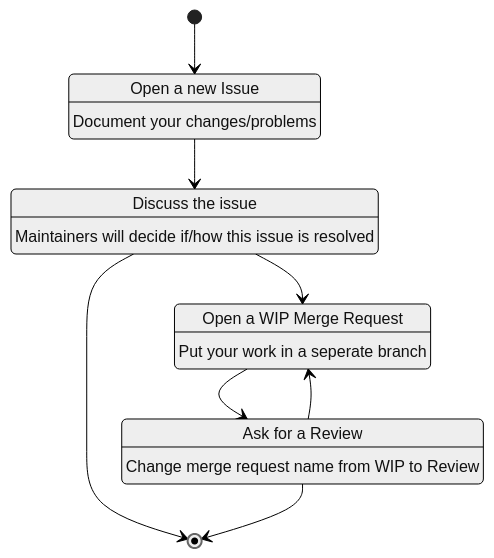
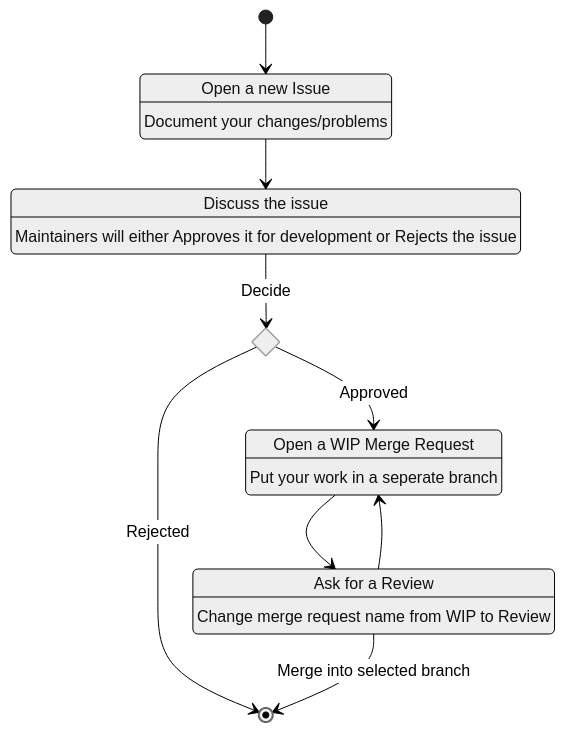
One commit to Hahn-Schickard/STAG-Modbus-Technology-Adapter changed the diagram in CONTRIBUTING.md. Above: the diagram before and after it, drawn with Mermaid (neutral theme). The commit also changed other lines of this file, not shown here.

````diff
--- a/CONTRIBUTING.md
+++ b/CONTRIBUTING.md
@@ -16,21 +22,25 @@
 ```mermaid
 stateDiagram
 state "Open a new Issue" as OpenIssue
 OpenIssue: Document your changes/problems
+
 state "Discuss the issue" as DiscussIssue
-DiscussIssue: Maintainers will decide if/how this issue is resolved
+DiscussIssue: Maintainers will either Approves it for development or Rejects the issue
+
+state Approve <<choice>>
+
 state "Open a WIP Merge Request" as CreateMergeRequest
 CreateMergeRequest: Put your work in a seperate branch
+
 state "Ask for a Review" as ReviewMergeRequest
 ReviewMergeRequest: Change merge request name from WIP to Review
 
 [*] --> OpenIssue
-
 OpenIssue --> DiscussIssue
-DiscussIssue --> CreateMergeRequest
+DiscussIssue --> Approve: Decide
+Approve --> CreateMergeRequest: Approved
 CreateMergeRequest --> ReviewMergeRequest
 ReviewMergeRequest --> CreateMergeRequest
-
-DiscussIssue --> [*]
-ReviewMergeRequest --> [*]
+Approve --> [*]: Rejected
+ReviewMergeRequest --> [*]: Merge into selected branch
 ```
````
